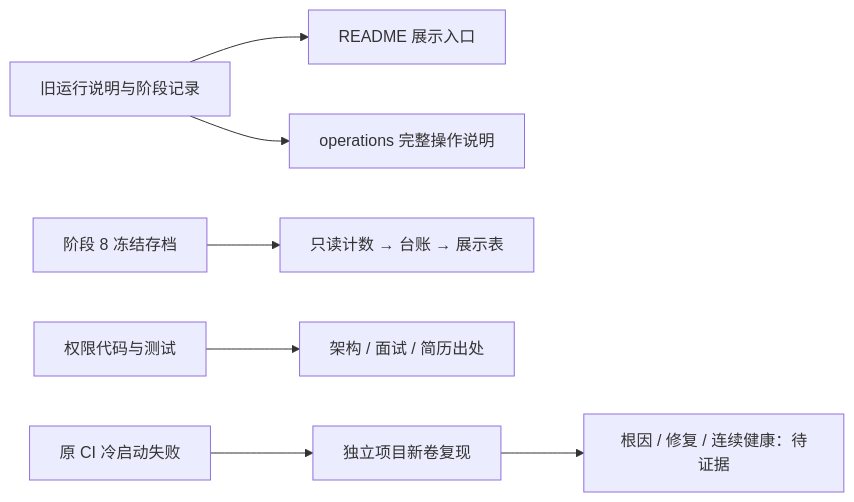
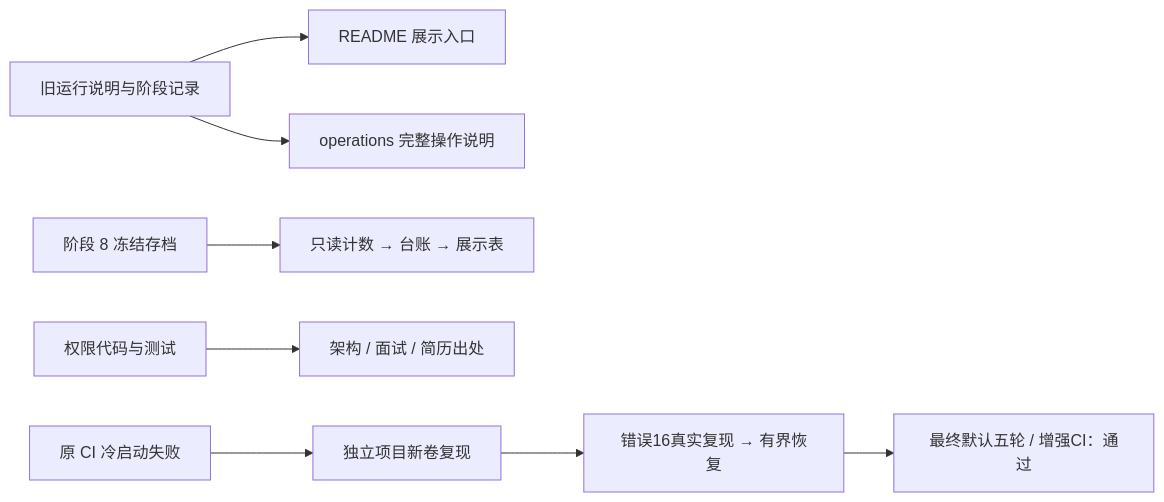
Before and after one commit to Li-Nepenthe/opsdoctor: the diagram in docs/learn/phase-10-showcase.md, drawn with Mermaid. The commit also changed other lines of this file and 31 other files, not shown here.

````diff
--- a/docs/learn/phase-10-showcase.md
+++ b/docs/learn/phase-10-showcase.md
@@ -7,9 +7,10 @@
 ```mermaid
 flowchart LR
     A[旧运行说明与阶段记录] --> B[README 展示入口]
     A --> C[operations 完整操作说明]
     D[阶段 8 冻结存档] --> E[只读计数 → 台账 → 展示表]
     F[权限代码与测试] --> G[架构 / 面试 / 简历出处]
     H[原 CI 冷启动失败] --> I[独立项目新卷复现]
-    I --> J[根因 / 修复 / 连续健康：待证据]
+    I --> J[错误16真实复现 → 有界恢复]
+    J --> K[最终默认五轮 / 增强CI：通过]
 ```
````
